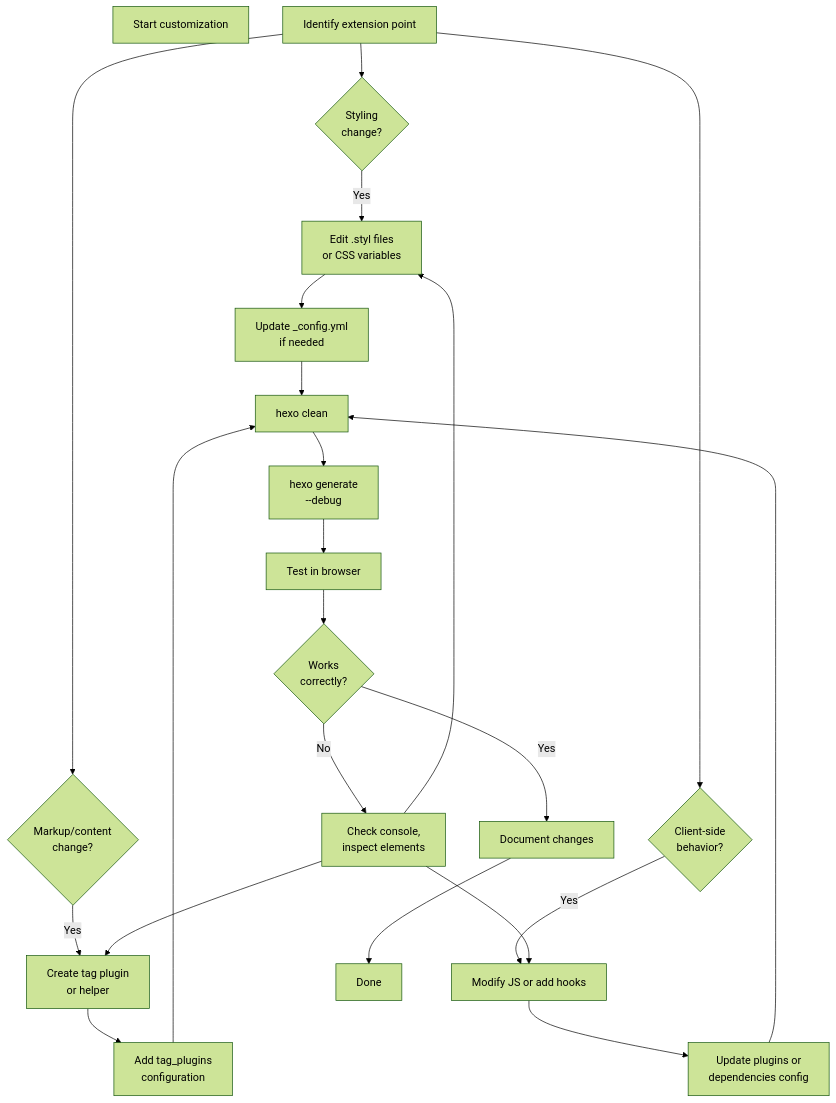
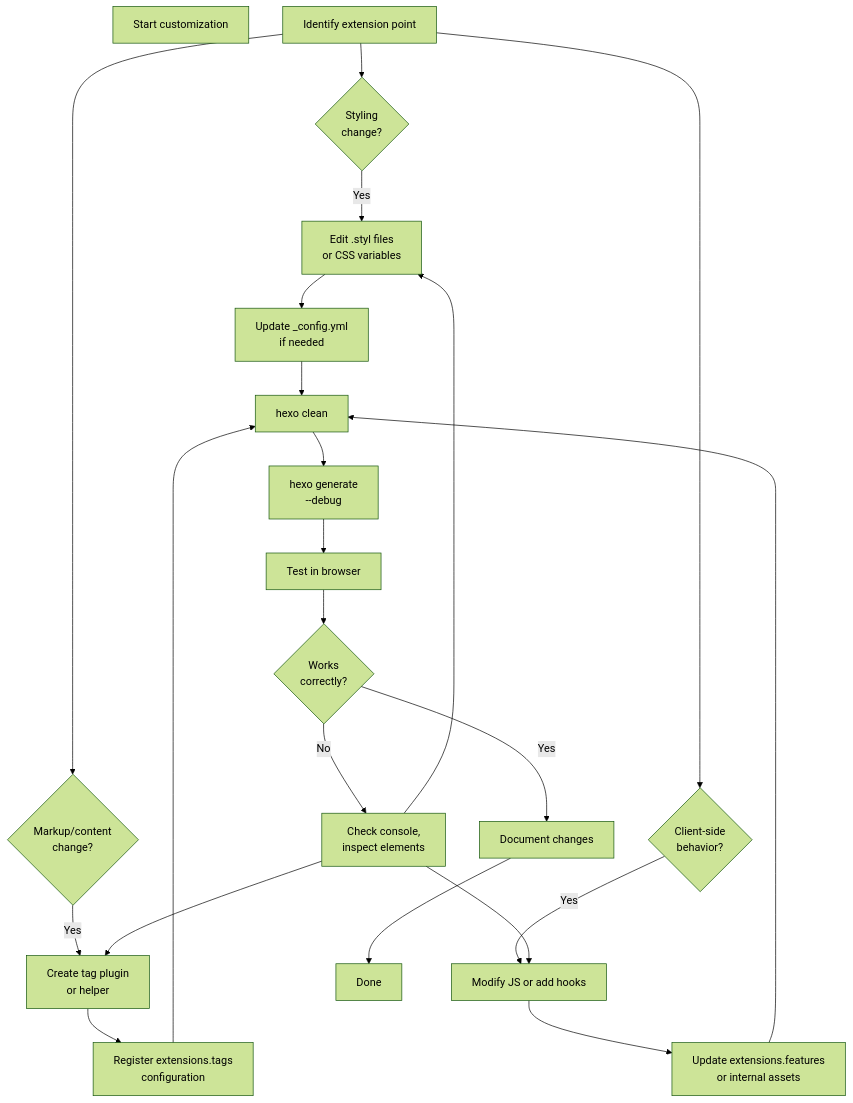
One commit to xaoxuu/hexo-theme-stellar changed the third of 3 diagrams in docs/knowledge/09-高级主题/advanced-overview.md. Above: the diagram before and after it, drawn with Mermaid (forest theme). The commit also changed other lines of this file and 124 other files, not shown here.

````diff
--- a/docs/knowledge/09-高级主题/advanced-overview.md
+++ b/docs/knowledge/09-高级主题/advanced-overview.md
@@ -208,33 +208,33 @@
 ```mermaid
 flowchart TD
     Start["Start customization"]
     Identify["Identify extension point"]
     
     Identify --> Styling{"Styling<br/>change?"}
     Identify --> Markup{"Markup/content<br/>change?"}
     Identify --> Behavior{"Client-side<br/>behavior?"}
     
     Styling -->|Yes| EditStylus["Edit .styl files<br/>or CSS variables"]
     Markup -->|Yes| CreateTag["Create tag plugin<br/>or helper"]
     Behavior -->|Yes| EditJS["Modify JS or add hooks"]
     
     EditStylus --> Config1["Update _config.yml<br/>if needed"]
-    CreateTag --> Config2["Add tag_plugins<br/>configuration"]
-    EditJS --> Config3["Update plugins or<br/>dependencies config"]
+    CreateTag --> Config2["Register extensions.tags<br/>configuration"]
+    EditJS --> Config3["Update extensions.features<br/>or internal assets"]
     
     Config1 --> Clean["hexo clean"]
     Config2 --> Clean
     Config3 --> Clean
     
     Clean --> Generate["hexo generate<br/>--debug"]
     Generate --> Test["Test in browser"]
     
     Test --> Works{"Works<br/>correctly?"}
     Works -->|No| Debug["Check console,<br/>inspect elements"]
     Debug --> EditStylus
     Debug --> CreateTag
     Debug --> EditJS
     
     Works -->|Yes| Document["Document changes"]
     Document --> End["Done"]
 ```
````
